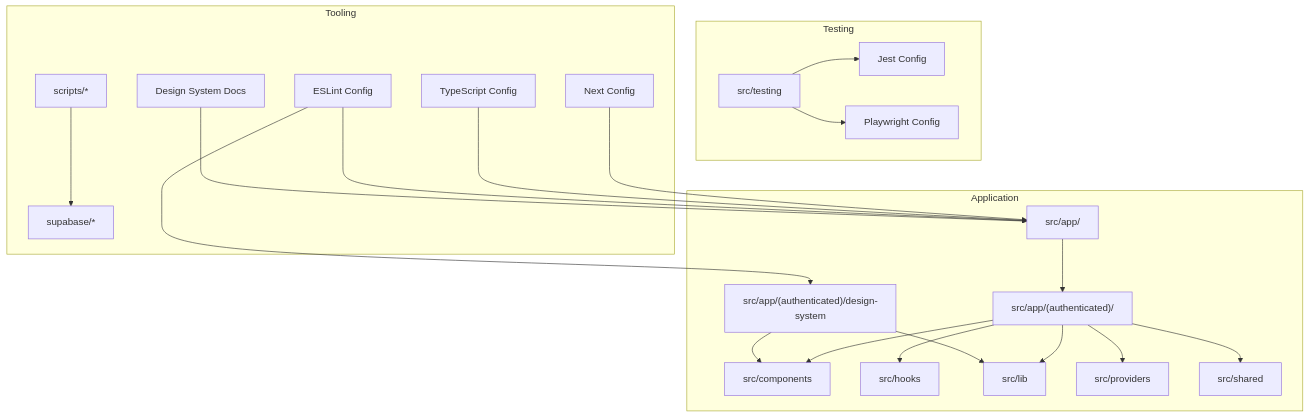
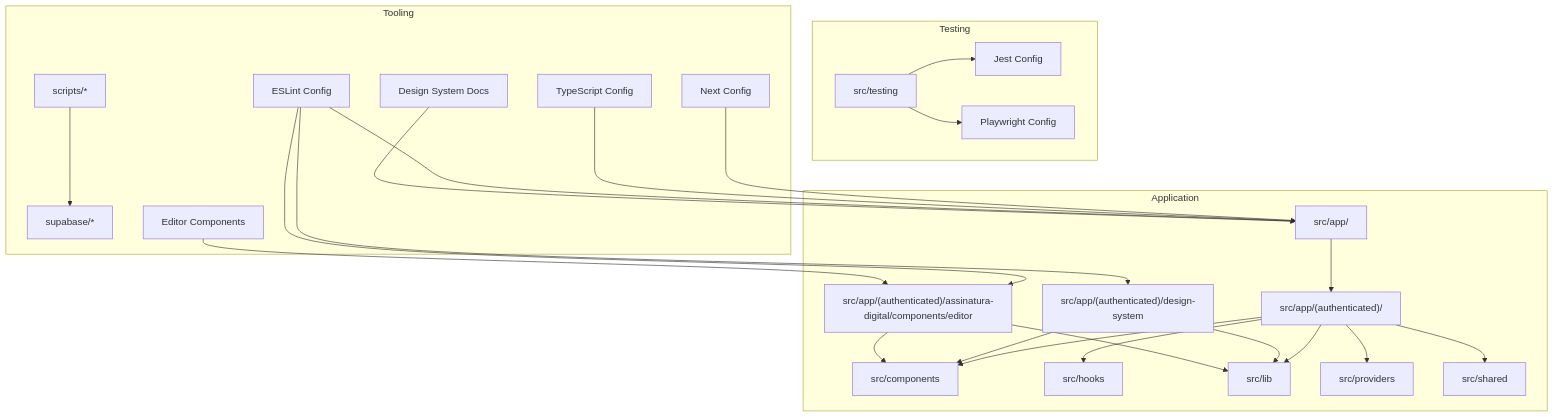
The first of 11 diagrams in .qoder/repowiki/en/content/Development Guide/Development Guide.md (SinesysTech/zattar-os), drawn with Mermaid before and after one commit. The commit also changed other lines of this file and 31 other files, not shown here.

````diff
--- a/.qoder/repowiki/en/content/Development Guide/Development Guide.md
+++ b/.qoder/repowiki/en/content/Development Guide/Development Guide.md
@@ -59,42 +66,48 @@
 ```mermaid
 graph TB
 subgraph "Application"
 A["src/app/<routes>"]
 B["src/app/(authenticated)/<feature>"]
 C["src/components"]
 D["src/hooks"]
 E["src/lib"]
 F["src/providers"]
 G["src/shared"]
 H["src/app/(authenticated)/design-system"]
+I["src/app/(authenticated)/assinatura-digital/components/editor"]
 end
 subgraph "Testing"
-I["src/testing"]
-J["Jest Config"]
-K["Playwright Config"]
+J["src/testing"]
+K["Jest Config"]
+L["Playwright Config"]
 end
 subgraph "Tooling"
-L["scripts/*"]
-M["supabase/*"]
-N["Next Config"]
-O["TypeScript Config"]
-P["ESLint Config"]
-Q["Design System Docs"]
+M["scripts/*"]
+N["supabase/*"]
+O["Next Config"]
+P["TypeScript Config"]
+Q["ESLint Config"]
+R["Design System Docs"]
+S["Editor Components"]
 end
 A --> B
 B --> C
 B --> D
 B --> E
 B --> F
 B --> G
 H --> C
 H --> E
-I --> J
-I --> K
-L --> M
-N --> A
+I --> C
+I --> E
+J --> K
+J --> L
+M --> N
 O --> A
 P --> A
-P --> H
 Q --> A
+Q --> H
+Q --> I
+R --> A
+S --> I
 ```
````
